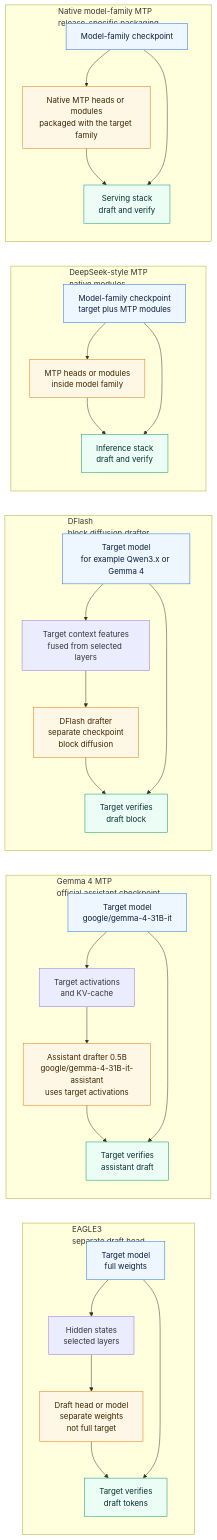
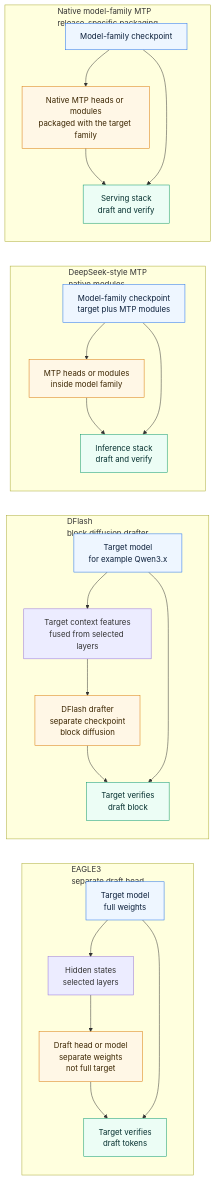
The second of 3 diagrams in Deep-Learning/Speculative-Decoding/README.md (david-xinyuwei/david-share), drawn with Mermaid before and after one commit. The commit also changed other lines of this file and 2 other files, not shown here.

First line of the commit message:
docs: remove Gemma references and refresh Speculative Decoding summary

````diff
--- a/Deep-Learning/Speculative-Decoding/README.md
+++ b/Deep-Learning/Speculative-Decoding/README.md
@@ -212,60 +209,49 @@
 ```mermaid
 flowchart LR
   subgraph E3["EAGLE3<br/>separate draft head"]
     E3T["Target model<br/>full weights"]
     E3H["Hidden states<br/>selected layers"]
     E3D["Draft head or model<br/>separate weights<br/>not full target"]
     E3V["Target verifies<br/>draft tokens"]
     E3T --> E3H
     E3H --> E3D
     E3D --> E3V
     E3T --> E3V
   end
 
-  subgraph G4["Gemma 4 MTP<br/>official assistant checkpoint"]
-    G4T["Target model<br/>google/gemma-4-31B-it"]
-    G4A["Target activations<br/>and KV-cache"]
-    G4D["Assistant drafter 0.5B<br/>google/gemma-4-31B-it-assistant<br/>uses target activations"]
-    G4V["Target verifies<br/>assistant draft"]
-    G4T --> G4A
-    G4A --> G4D
-    G4D --> G4V
-    G4T --> G4V
-  end
-
   subgraph DF["DFlash<br/>block diffusion drafter"]
-    DFT["Target model<br/>for example Qwen3.x or Gemma 4"]
+    DFT["Target model<br/>for example Qwen3.x"]
     DFF["Target context features<br/>fused from selected layers"]
     DFD["DFlash drafter<br/>separate checkpoint<br/>block diffusion"]
     DFV["Target verifies<br/>draft block"]
     DFT --> DFF
     DFF --> DFD
     DFD --> DFV
     DFT --> DFV
   end
 
   subgraph DS["DeepSeek-style MTP<br/>native modules"]
     DST["Model-family checkpoint<br/>target plus MTP modules"]
     DSH["MTP heads or modules<br/>inside model family"]
     DSV["Inference stack<br/>draft and verify"]
     DST --> DSH
     DSH --> DSV
     DST --> DSV
   end
 
   subgraph NM["Native model-family MTP<br/>release-specific packaging"]
     NMT["Model-family checkpoint"]
     NMD["Native MTP heads or modules<br/>packaged with the target family"]
     NMV["Serving stack<br/>draft and verify"]
     NMT --> NMD
     NMD --> NMV
     NMT --> NMV
   end
 
   classDef target fill:#eef6ff,stroke:#1f6feb,color:#0b1f3a
   classDef drafter fill:#fff7e6,stroke:#d97706,color:#3b2500
   classDef verify fill:#ecfdf5,stroke:#059669,color:#042f2e
-  class E3T,G4T,DFT,DST,NMT target
-  class E3D,G4D,DFD,DSH,NMD drafter
-  class E3V,G4V,DFV,DSV,NMV verify
+  class E3T,DFT,DST,NMT target
+  class E3D,DFD,DSH,NMD drafter
+  class E3V,DFV,DSV,NMV verify
 ```
````
